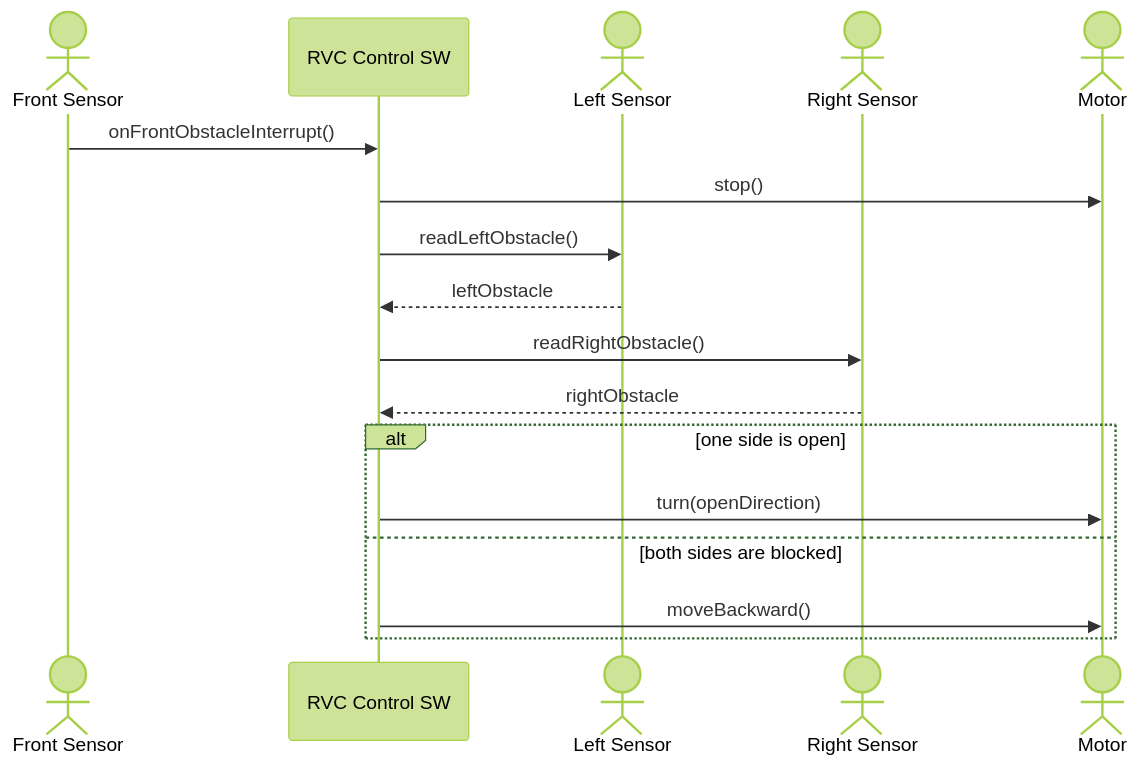
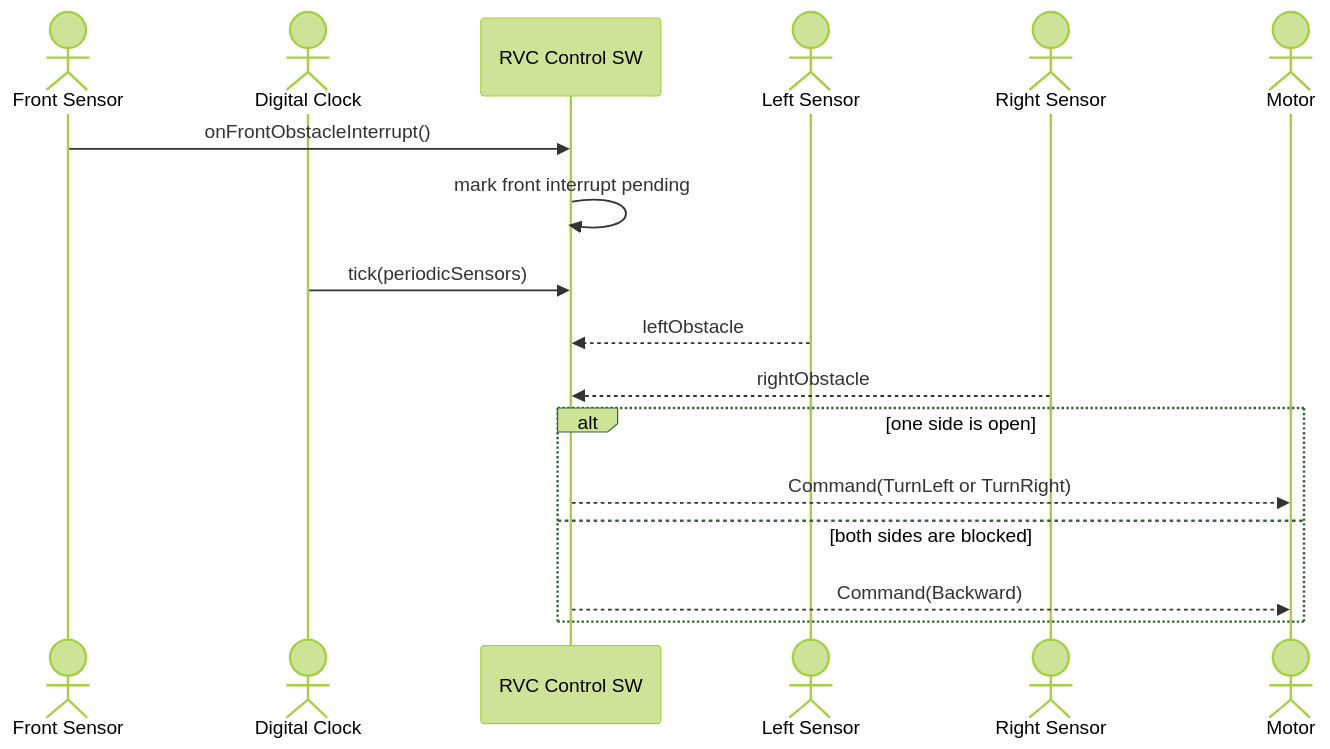
The third of 6 diagrams in docs/ooa_ssd.md (reload02/ooad-vibe), drawn with Mermaid (forest theme) before and after one commit. The commit also changed other lines of this file and 8 other files, not shown here.

````diff
--- a/docs/ooa_ssd.md
+++ b/docs/ooa_ssd.md
@@ -24,20 +45,20 @@
 ```mermaid
 sequenceDiagram
     actor FrontSensor as Front Sensor
+    actor Clock as Digital Clock
     participant System as RVC Control SW
     actor LeftSensor as Left Sensor
     actor RightSensor as Right Sensor
     actor Motor
 
     FrontSensor->>System: onFrontObstacleInterrupt()
-    System->>Motor: stop()
-    System->>LeftSensor: readLeftObstacle()
+    System->>System: mark front interrupt pending
+    Clock->>System: tick(periodicSensors)
     LeftSensor-->>System: leftObstacle
-    System->>RightSensor: readRightObstacle()
     RightSensor-->>System: rightObstacle
     alt one side is open
-        System->>Motor: turn(openDirection)
+        System-->>Motor: Command(TurnLeft or TurnRight)
     else both sides are blocked
-        System->>Motor: moveBackward()
+        System-->>Motor: Command(Backward)
     end
 ```
````
